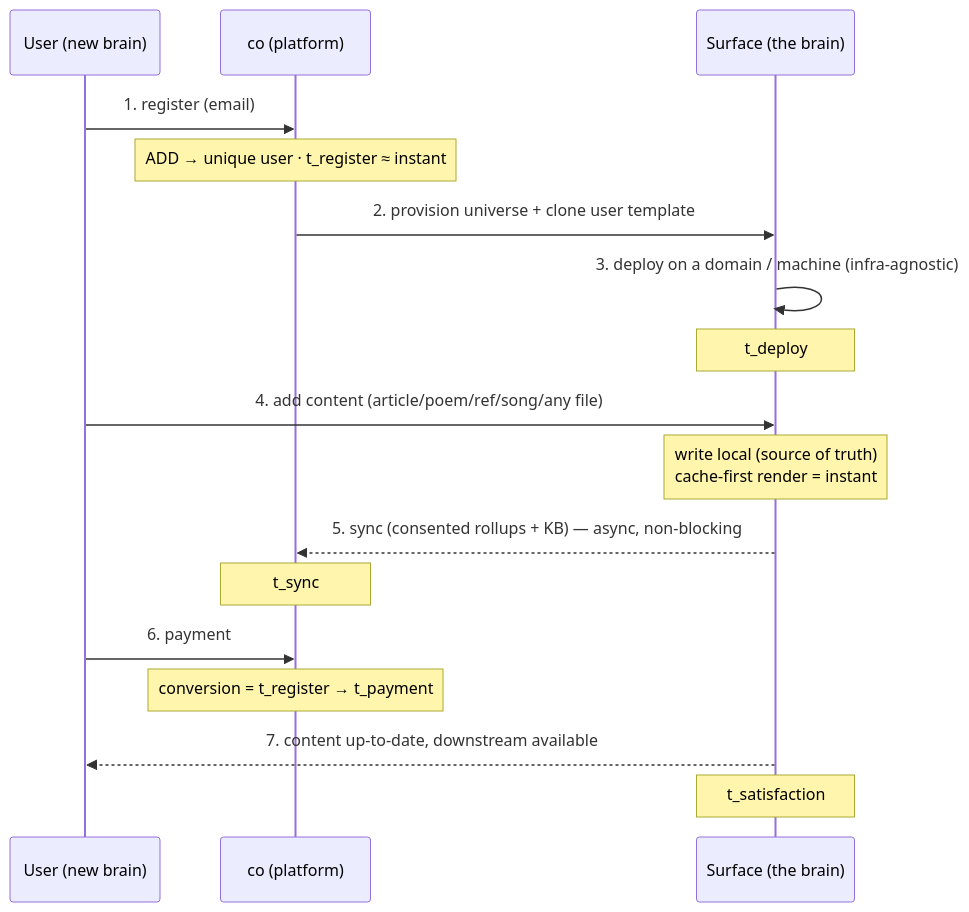
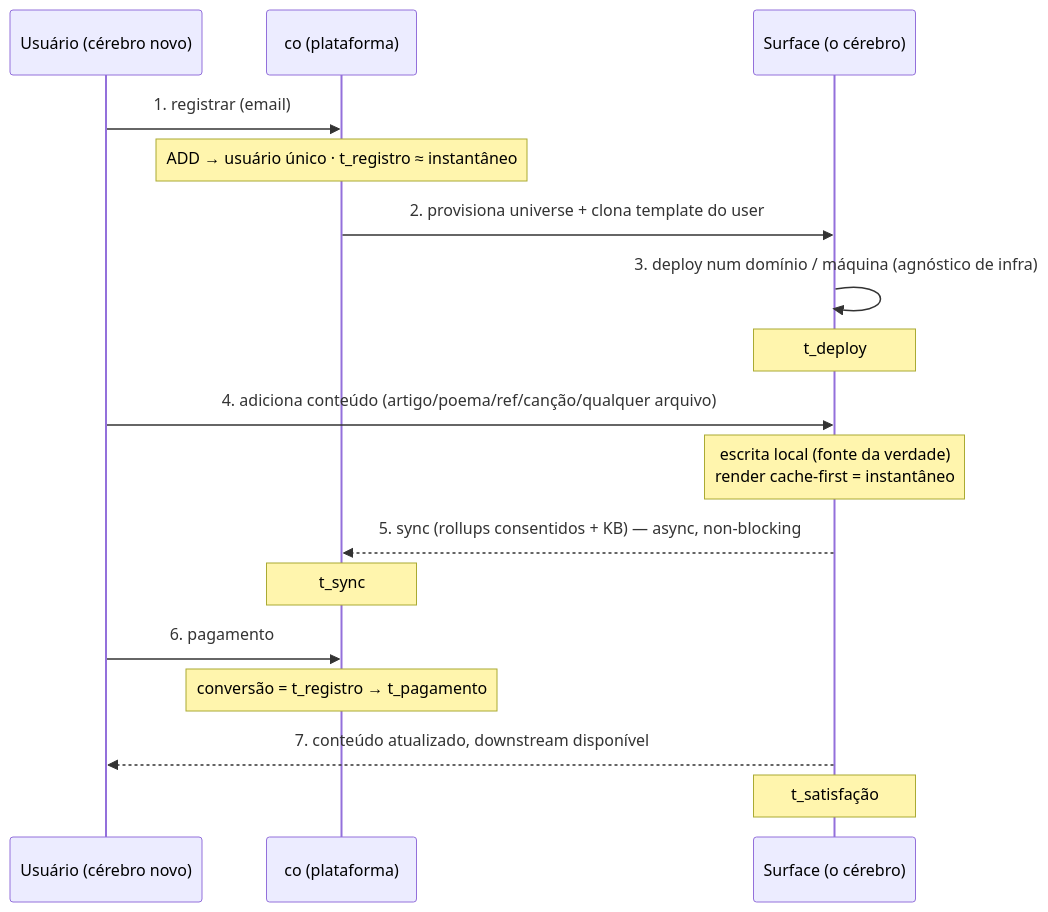
One commit to artelonga/ArteLonga changed the third of 6 diagrams in docs/intelligence-as-a-service.pt.md. Above: the diagram before and after it, drawn with Mermaid. The commit also changed other lines of this file and 51 other files, not shown here.

First line of the commit message:
feat(docs): diagramas em Excalidraw real (mermaid→excalidraw) + IaaS em PT (#87)

````diff
--- a/docs/intelligence-as-a-service.pt.md
+++ b/docs/intelligence-as-a-service.pt.md
@@ -131,19 +131,19 @@
 ```mermaid
 sequenceDiagram
-  participant U as User (new brain)
-  participant CO as co (platform)
-  participant S as Surface (the brain)
-  U->>CO: 1. register (email)
-  Note over CO: ADD → unique user · t_register ≈ instant
-  CO->>S: 2. provision universe + clone user template
-  S->>S: 3. deploy on a domain / machine (infra-agnostic)
+  participant U as Usuário (cérebro novo)
+  participant CO as co (plataforma)
+  participant S as Surface (o cérebro)
+  U->>CO: 1. registrar (email)
+  Note over CO: ADD → usuário único · t_registro ≈ instantâneo
+  CO->>S: 2. provisiona universe + clona template do user
+  S->>S: 3. deploy num domínio / máquina (agnóstico de infra)
   Note over S: t_deploy
-  U->>S: 4. add content (article/poem/ref/song/any file)
-  Note over S: write local (source of truth)<br/>cache-first render = instant
-  S-->>CO: 5. sync (consented rollups + KB) — async, non-blocking
+  U->>S: 4. adiciona conteúdo (artigo/poema/ref/canção/qualquer arquivo)
+  Note over S: escrita local (fonte da verdade)<br/>render cache-first = instantâneo
+  S-->>CO: 5. sync (rollups consentidos + KB) — async, non-blocking
   Note over CO: t_sync
-  U->>CO: 6. payment
-  Note over CO: conversion = t_register → t_payment
-  S-->>U: 7. content up-to-date, downstream available
-  Note over S: t_satisfaction
+  U->>CO: 6. pagamento
+  Note over CO: conversão = t_registro → t_pagamento
+  S-->>U: 7. conteúdo atualizado, downstream disponível
+  Note over S: t_satisfação
 ```
````
